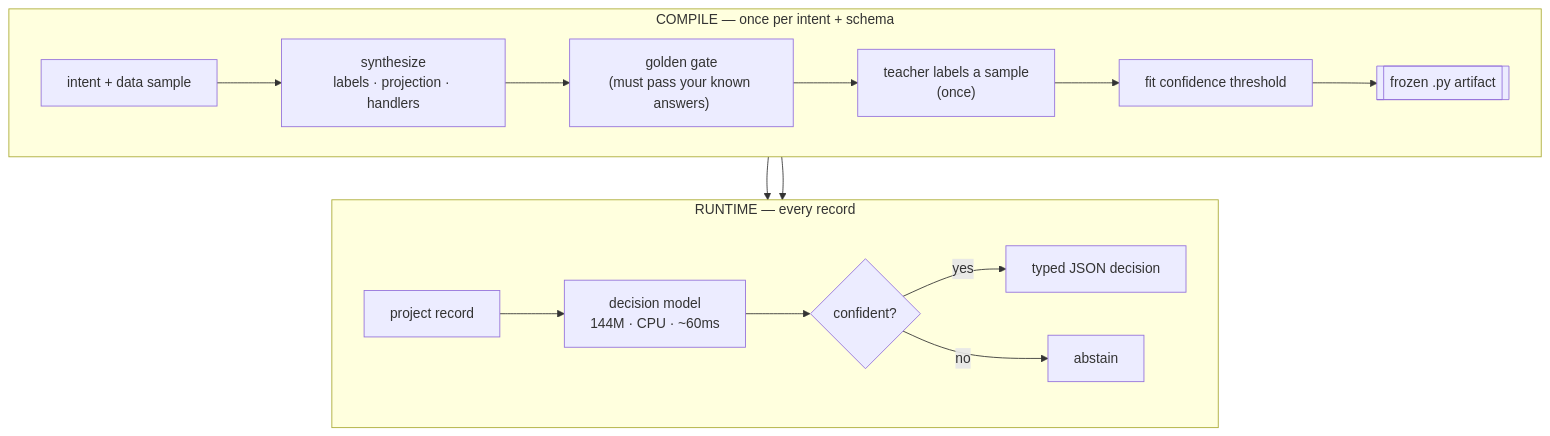
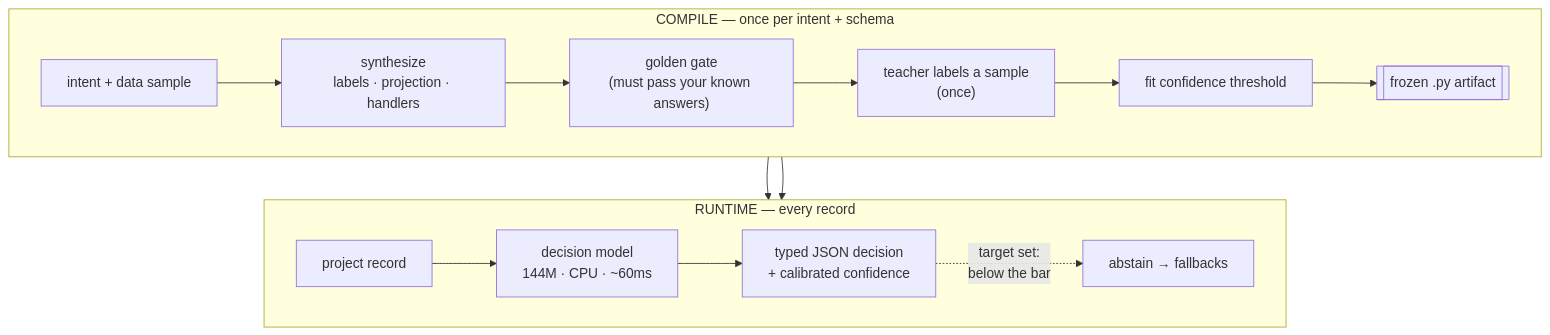
The diagram in README.md (strot-ai/STROT-Compiler), drawn with Mermaid before and after one commit. The commit also changed other lines of this file, not shown here.

````diff
--- a/README.md
+++ b/README.md
@@ -73,20 +75,19 @@
 ```mermaid
 flowchart TB
     subgraph compile["COMPILE — once per intent + schema"]
         direction LR
         A["intent + data sample"] --> B["synthesize<br/>labels · projection · handlers"]
         B --> C["golden gate<br/>(must pass your known answers)"]
         C --> D["teacher labels a sample<br/>(once)"]
         D --> E["fit confidence threshold"]
         E --> F[["frozen .py artifact"]]
     end
     subgraph runtime["RUNTIME — every record"]
         direction LR
         F --> G["project record"]
         G --> H["decision model<br/>144M · CPU · ~60ms"]
-        H --> I{"confident?"}
-        I -->|yes| J["typed JSON decision"]
-        I -->|no| K["abstain"]
+        H --> I["typed JSON decision<br/>+ calibrated confidence"]
+        I -.->|target set:<br/>below the bar| K["abstain → fallbacks"]
     end
     compile --> runtime
 ```
````
